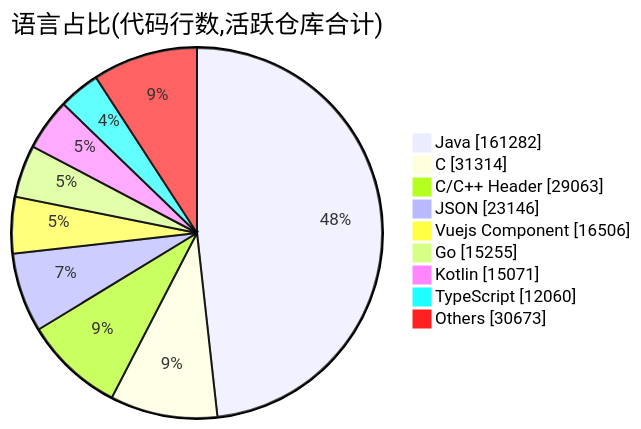
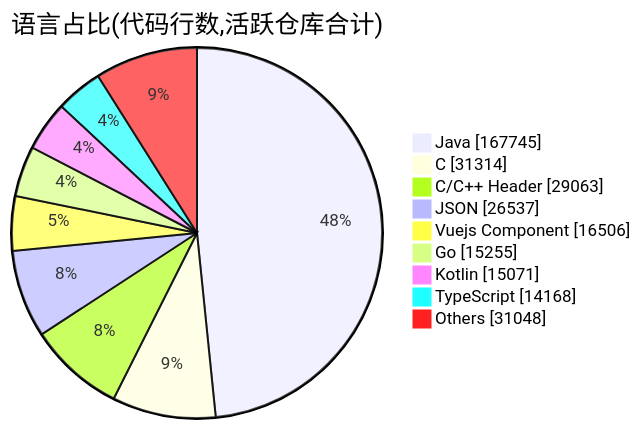
Before and after one commit to Conflux-Union/.github: the second of 2 diagrams in profile/README.md, drawn with Mermaid. The commit also changed other lines of this file and 1 other file, not shown here.

````diff
--- a/profile/README.md
+++ b/profile/README.md
@@ -78,13 +78,13 @@
 ```mermaid
 pie showData
     title 语言占比(代码行数,活跃仓库合计)
-    "Java" : 161282
+    "Java" : 167745
     "C" : 31314
     "C/C++ Header" : 29063
-    "JSON" : 23146
+    "JSON" : 26537
     "Vuejs Component" : 16506
     "Go" : 15255
     "Kotlin" : 15071
-    "TypeScript" : 12060
-    "Others" : 30673
+    "TypeScript" : 14168
+    "Others" : 31048
 ```
````
